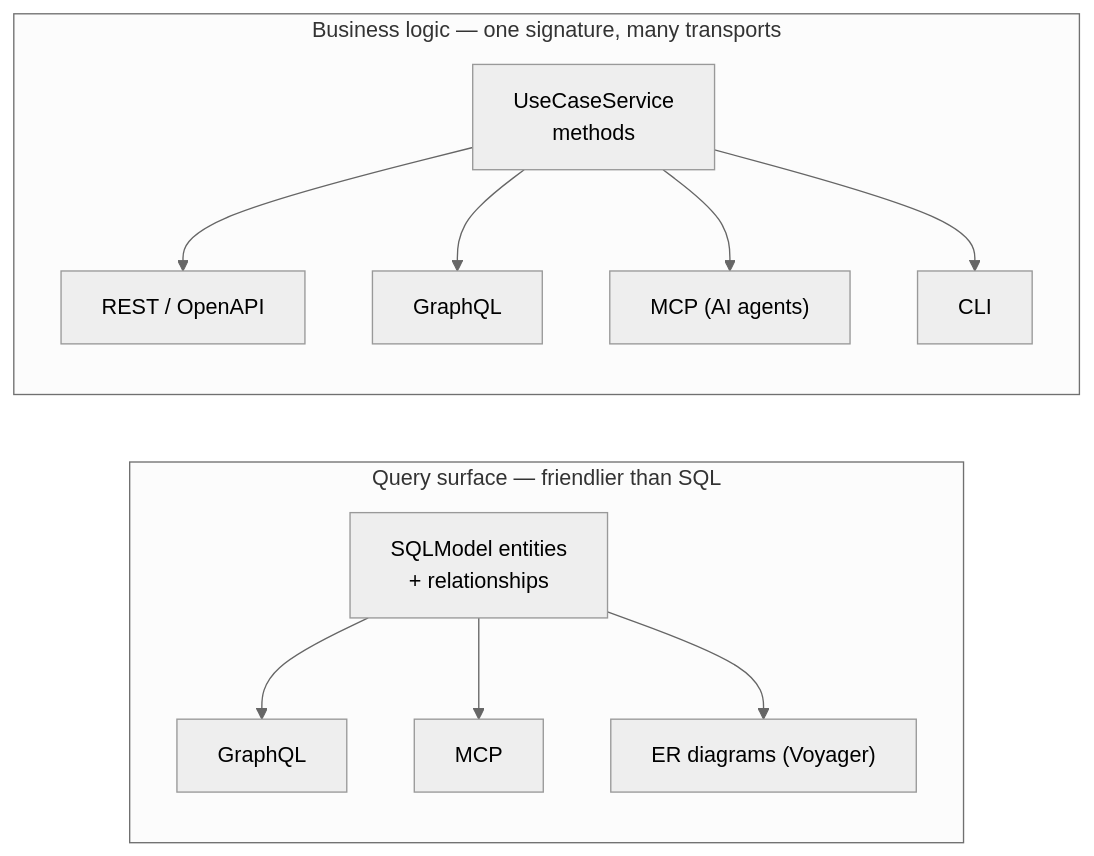
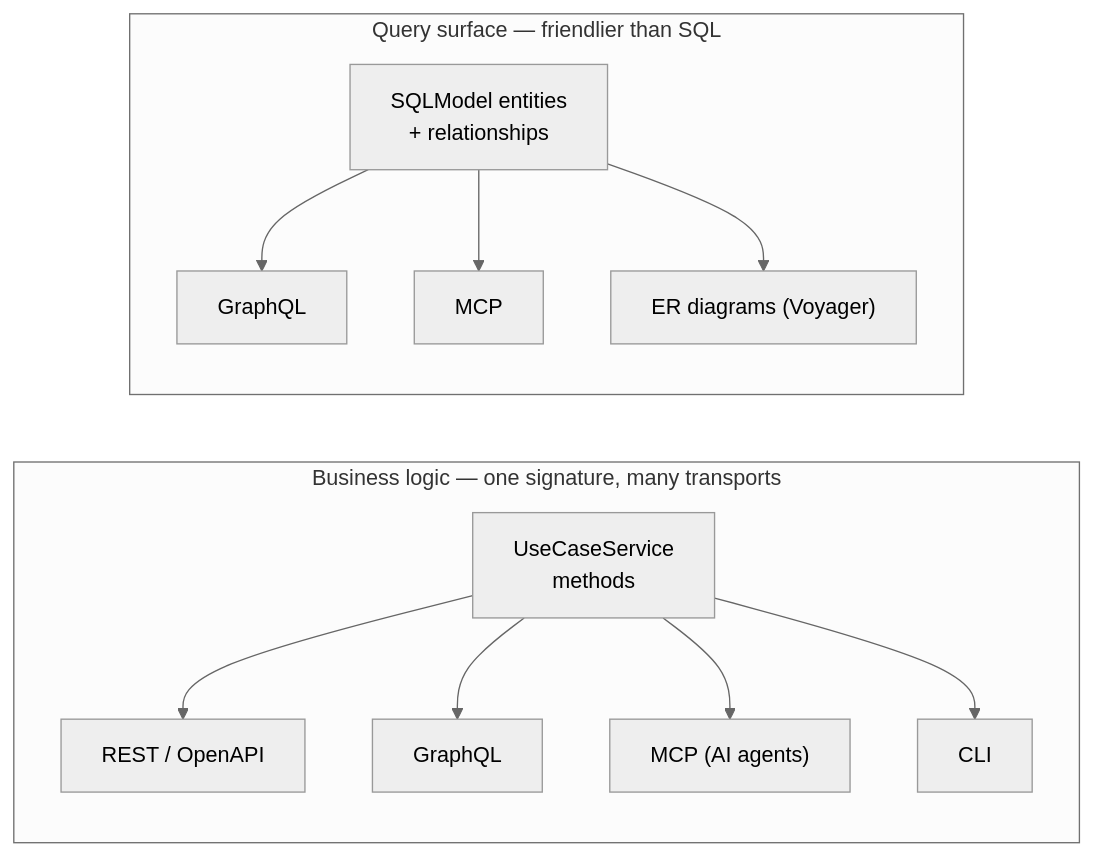
The diagram in README.md (KLR-Pattern/nexusx), drawn with Mermaid (neutral theme) before and after one commit. The commit also changed other lines of this file, not shown here.

First line of the commit message:
docs(readme): swap mermaid subgraph order to match text (Query first)

````diff
--- a/README.md
+++ b/README.md
@@ -10,16 +10,16 @@
 ```mermaid
 flowchart LR
-    subgraph Query["Query surface — friendlier than SQL"]
-        e["SQLModel entities<br/>+ relationships"]
-        e --> gql1["GraphQL"]
-        e --> mcp1["MCP"]
-        e --> er["ER diagrams (Voyager)"]
-    end
     subgraph Logic["Business logic — one signature, many transports"]
         s["UseCaseService<br/>methods"]
         s --> rest["REST / OpenAPI"]
         s --> gql2["GraphQL"]
         s --> mcp2["MCP (AI agents)"]
         s --> cli["CLI"]
     end
+    subgraph Query["Query surface — friendlier than SQL"]
+        e["SQLModel entities<br/>+ relationships"]
+        e --> gql1["GraphQL"]
+        e --> mcp1["MCP"]
+        e --> er["ER diagrams (Voyager)"]
+    end
 ```
````
